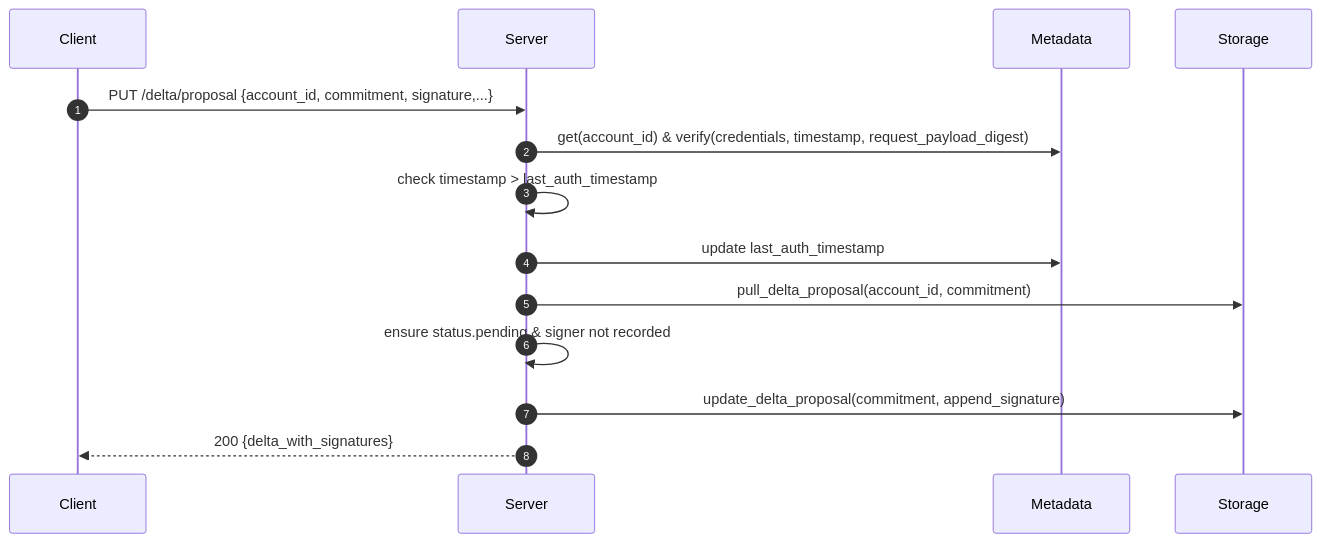
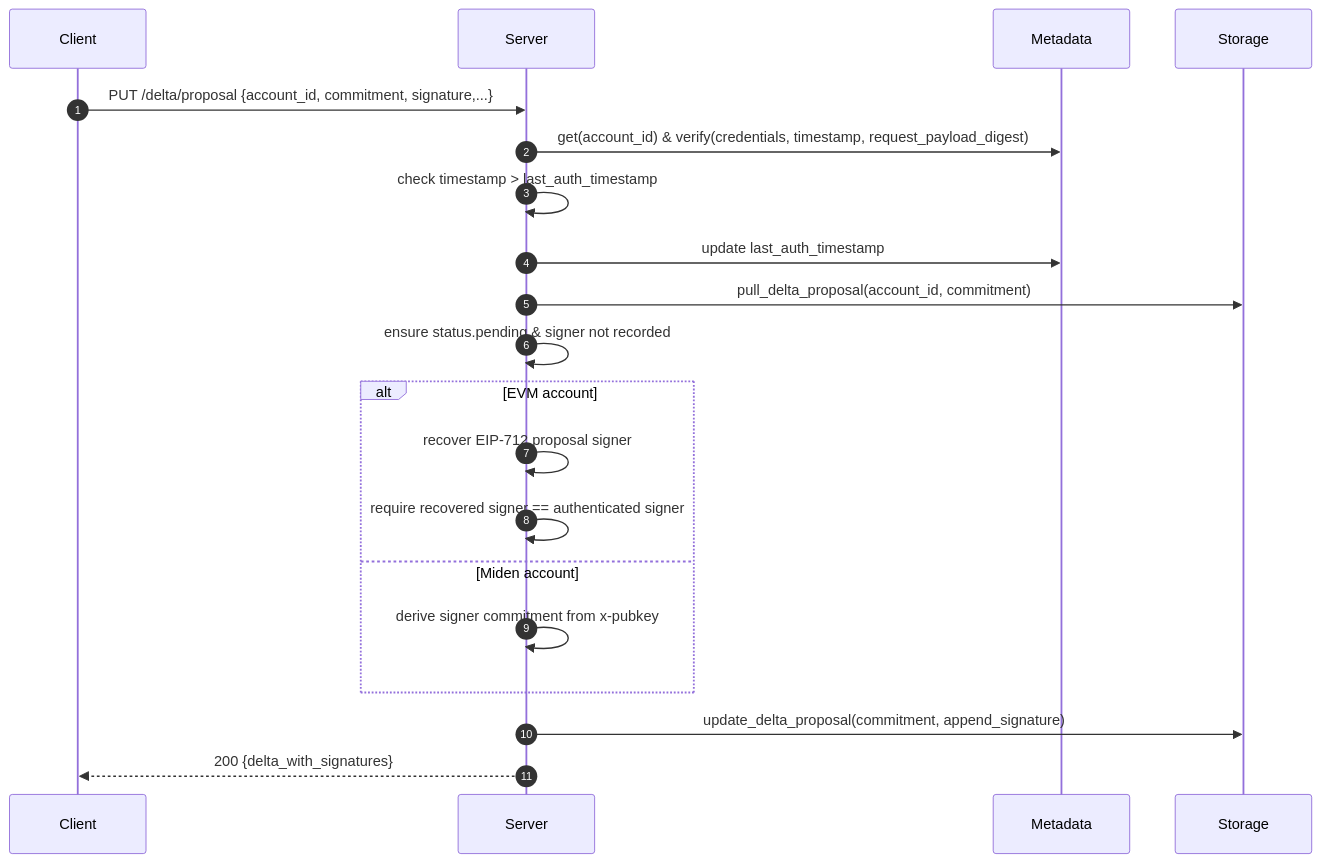
One commit to OpenZeppelin/guardian changed the seventh of 9 diagrams in spec/processes.md. Above: the diagram before and after it, drawn with Mermaid. The commit also changed other lines of this file and 74 other files, not shown here.

````diff
--- a/spec/processes.md
+++ b/spec/processes.md
@@ -136,16 +167,22 @@
 ```mermaid
 sequenceDiagram
   autonumber
   participant C as Client
   participant S as Server
   participant M as Metadata
   participant ST as Storage
   C->>S: PUT /delta/proposal {account_id, commitment, signature,...}
   S->>M: get(account_id) & verify(credentials, timestamp, request_payload_digest)
   S->>S: check timestamp > last_auth_timestamp
   S->>M: update last_auth_timestamp
   S->>ST: pull_delta_proposal(account_id, commitment)
   S->>S: ensure status.pending & signer not recorded
+  alt EVM account
+    S->>S: recover EIP-712 proposal signer
+    S->>S: require recovered signer == authenticated signer
+  else Miden account
+    S->>S: derive signer commitment from x-pubkey
+  end
   S->>ST: update_delta_proposal(commitment, append_signature)
   S-->>C: 200 {delta_with_signatures}
 ```
````
